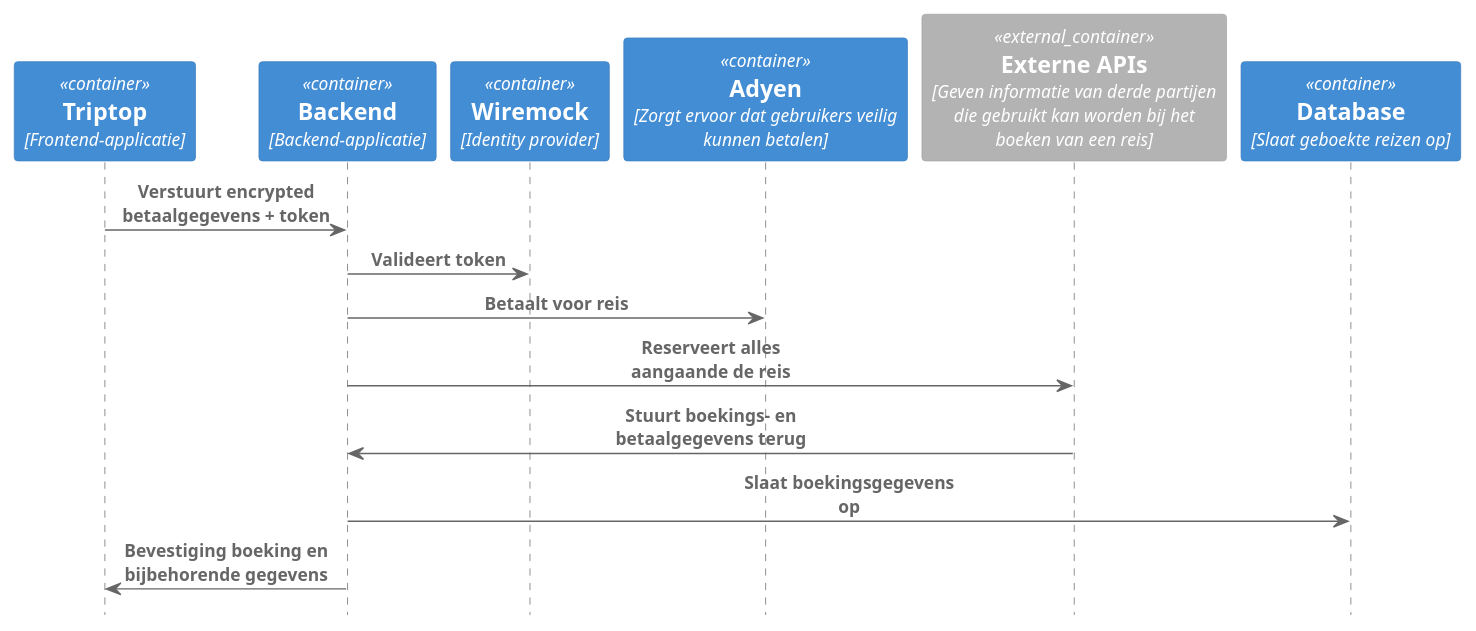
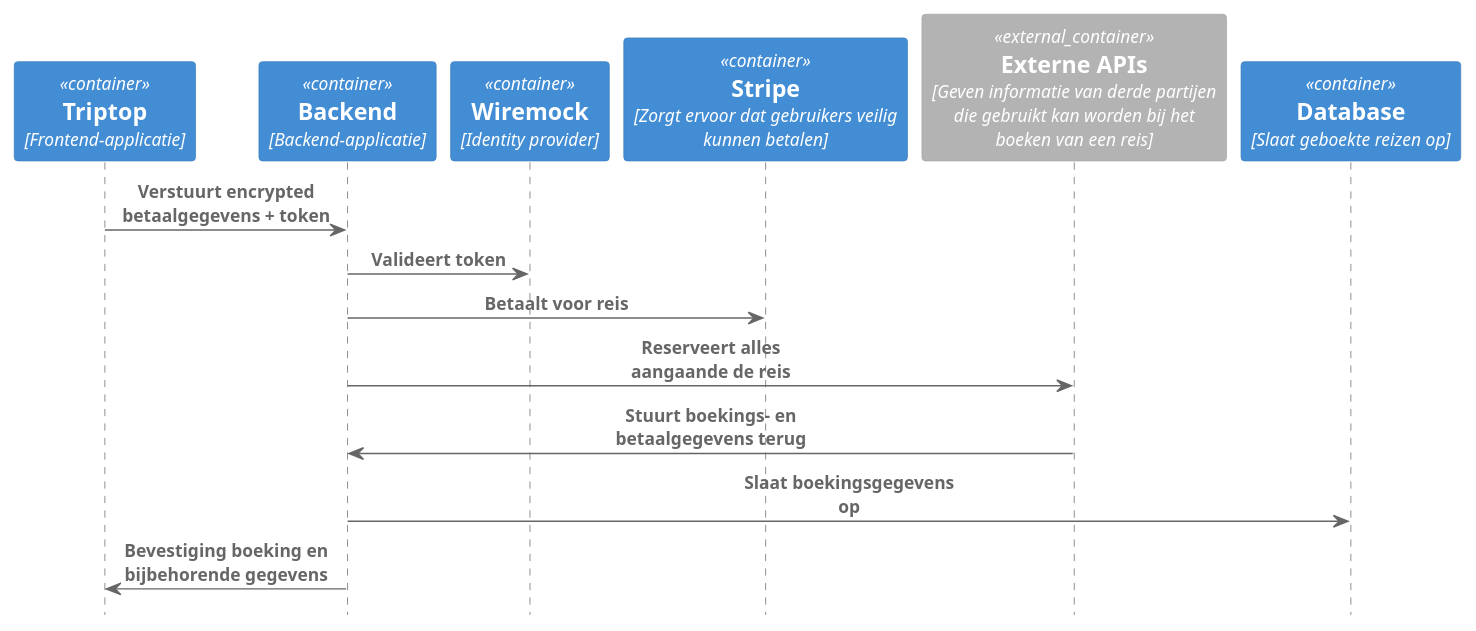
The diagram in opdracht-diagrammen/Diagrammen studenten/Week 1/DynamischContainerDiagram/Dynamisch-Containerdiagram - Reis boeken.puml (AIM-ENE-feb25/triptop-dravende-dikdiks), drawn with PlantUML before and after one commit. The commit also changed other lines of this file and 1 other file, not shown here.

```diff
--- a/opdracht-diagrammen/Diagrammen studenten/Week 1/DynamischContainerDiagram/Dynamisch-Containerdiagram - Reis boeken.puml
+++ b/opdracht-diagrammen/Diagrammen studenten/Week 1/DynamischContainerDiagram/Dynamisch-Containerdiagram - Reis boeken.puml
@@ -1,22 +1,22 @@
 @startuml
 !include https://raw.githubusercontent.com/plantuml-stdlib/C4-PlantUML/master/C4_Sequence.puml
 
 Container(c1, "Triptop", "Frontend-applicatie")
 Container(c2, "Backend", "Backend-applicatie")
 Container(c3, "Wiremock", "Identity provider")
-Container(c6, "Adyen", "Zorgt ervoor dat gebruikers veilig kunnen betalen")
+Container(c6, "Stripe", "Zorgt ervoor dat gebruikers veilig kunnen betalen")
 Container_Ext(c4, "Externe APIs", "Geven informatie van derde partijen die gebruikt kan worden bij het boeken van een reis")
 Container(c5, "Database", "Slaat geboekte reizen op")
 
 
 Rel(c1, c2, "Verstuurt encrypted betaalgegevens + token")
 Rel(c2, c3, "Valideert token")
 Rel(c2, c6, "Betaalt voor reis")
 Rel(c2, c4, "Reserveert alles aangaande de reis")
 
 Rel(c4, c2, "Stuurt boekings- en betaalgegevens terug")
 Rel(c2, c5, "Slaat boekingsgegevens op")
 
 Rel(c2, c1, "Bevestiging boeking en bijbehorende gegevens")
 
 @enduml
```
